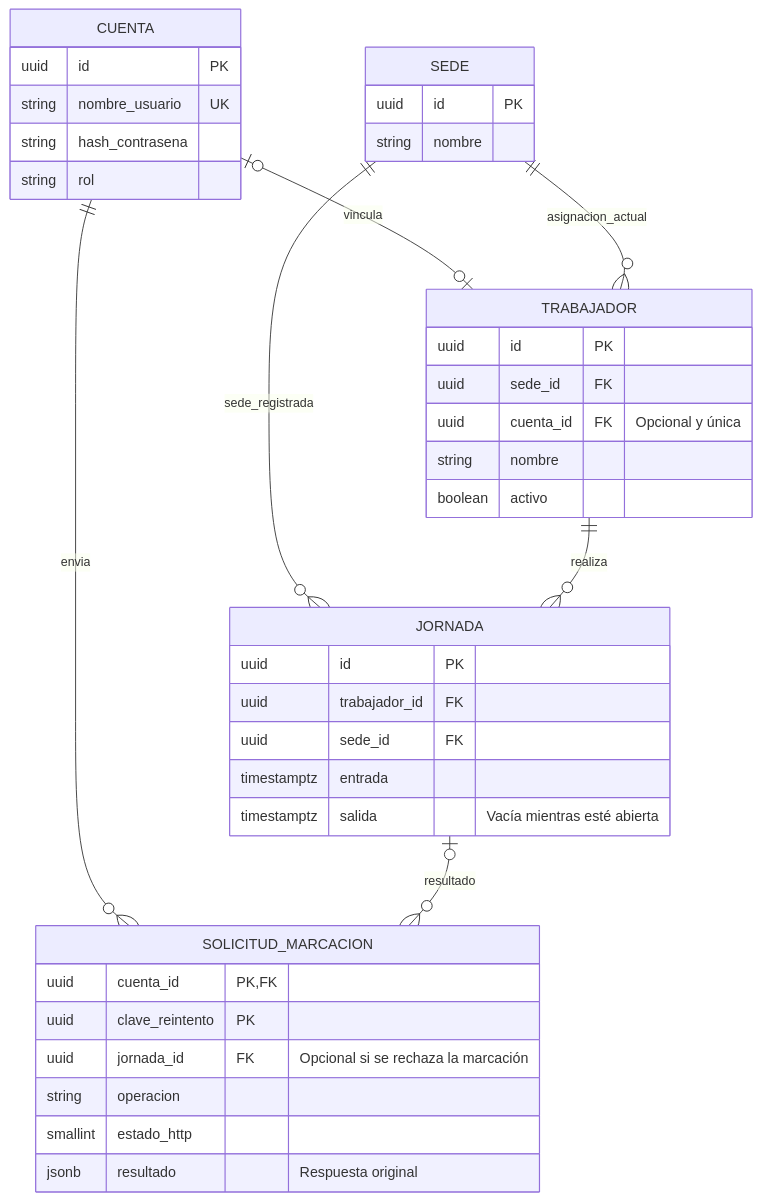
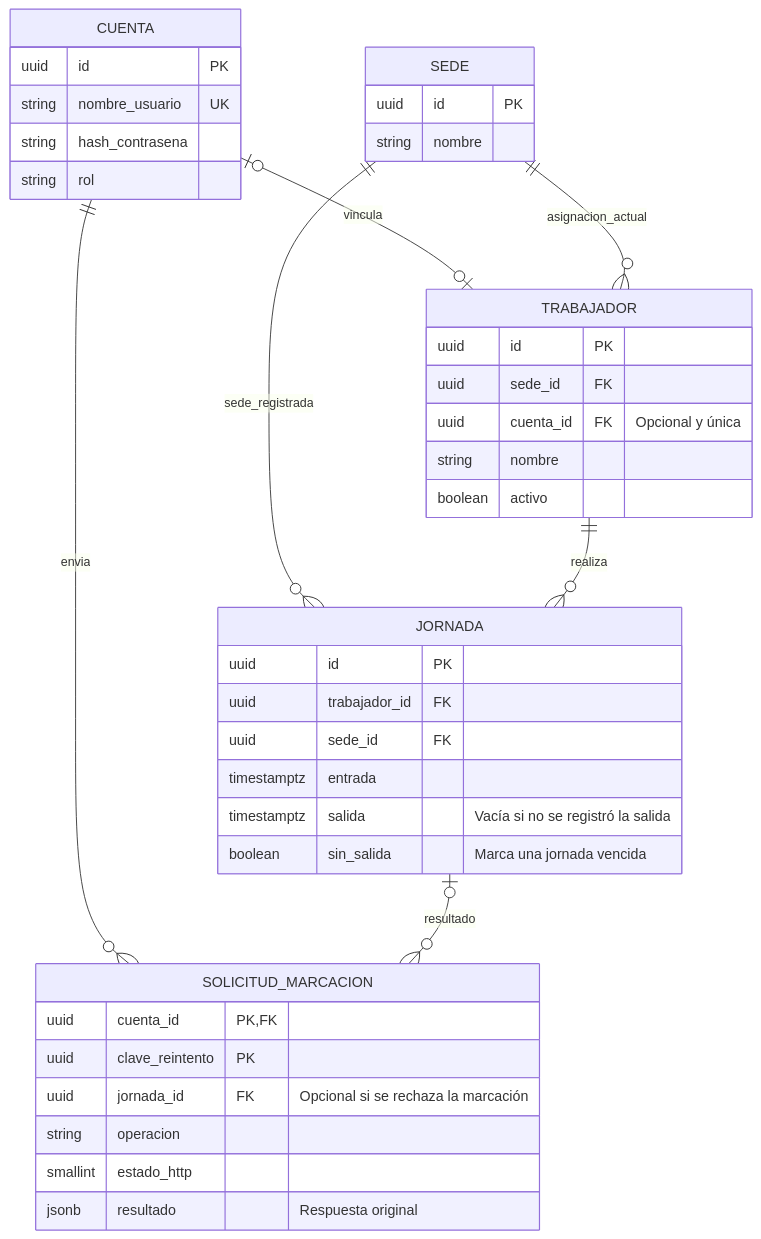
Before and after one commit to steveespinoza/SISTEMA_ASISTENCIA: the second of 3 diagrams in docs/arquitectura.md, drawn with Mermaid. The commit also changed other lines of this file and 17 other files, not shown here.

````diff
--- a/docs/arquitectura.md
+++ b/docs/arquitectura.md
@@ -30,46 +30,47 @@
 ```mermaid
 erDiagram
     CUENTA o|--o| TRABAJADOR : vincula
     SEDE ||--o{ TRABAJADOR : asignacion_actual
     SEDE ||--o{ JORNADA : sede_registrada
     TRABAJADOR ||--o{ JORNADA : realiza
     CUENTA ||--o{ SOLICITUD_MARCACION : envia
     JORNADA o|--o{ SOLICITUD_MARCACION : resultado
 
     CUENTA {
         uuid id PK
         string nombre_usuario UK
         string hash_contrasena
         string rol
     }
 
     TRABAJADOR {
         uuid id PK
         uuid sede_id FK
         uuid cuenta_id FK "Opcional y única"
         string nombre
         boolean activo
     }
 
     SEDE {
         uuid id PK
         string nombre
     }
 
     JORNADA {
         uuid id PK
         uuid trabajador_id FK
         uuid sede_id FK
         timestamptz entrada
-        timestamptz salida "Vacía mientras esté abierta"
+        timestamptz salida "Vacía si no se registró la salida"
+        boolean sin_salida "Marca una jornada vencida"
     }
 
     SOLICITUD_MARCACION {
         uuid cuenta_id PK, FK
         uuid clave_reintento PK
         uuid jornada_id FK "Opcional si se rechaza la marcación"
         string operacion
         smallint estado_http
         jsonb resultado "Respuesta original"
     }
 ```
````
